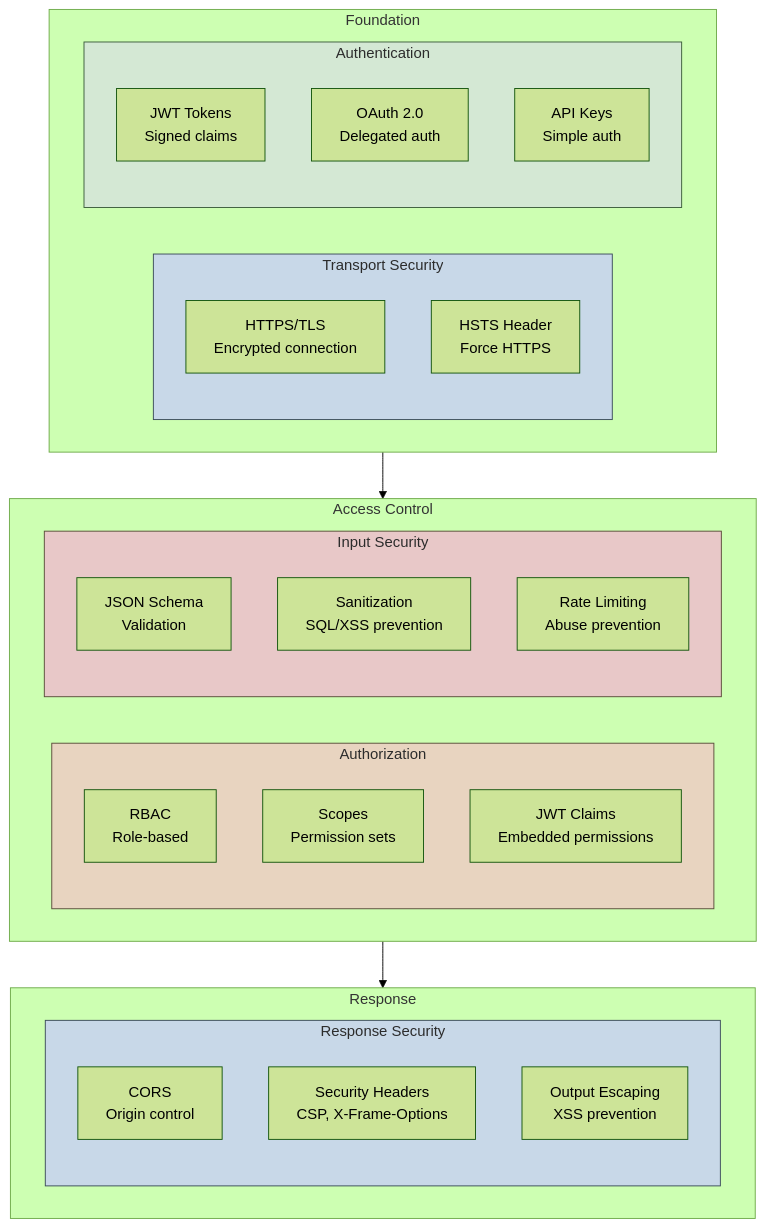
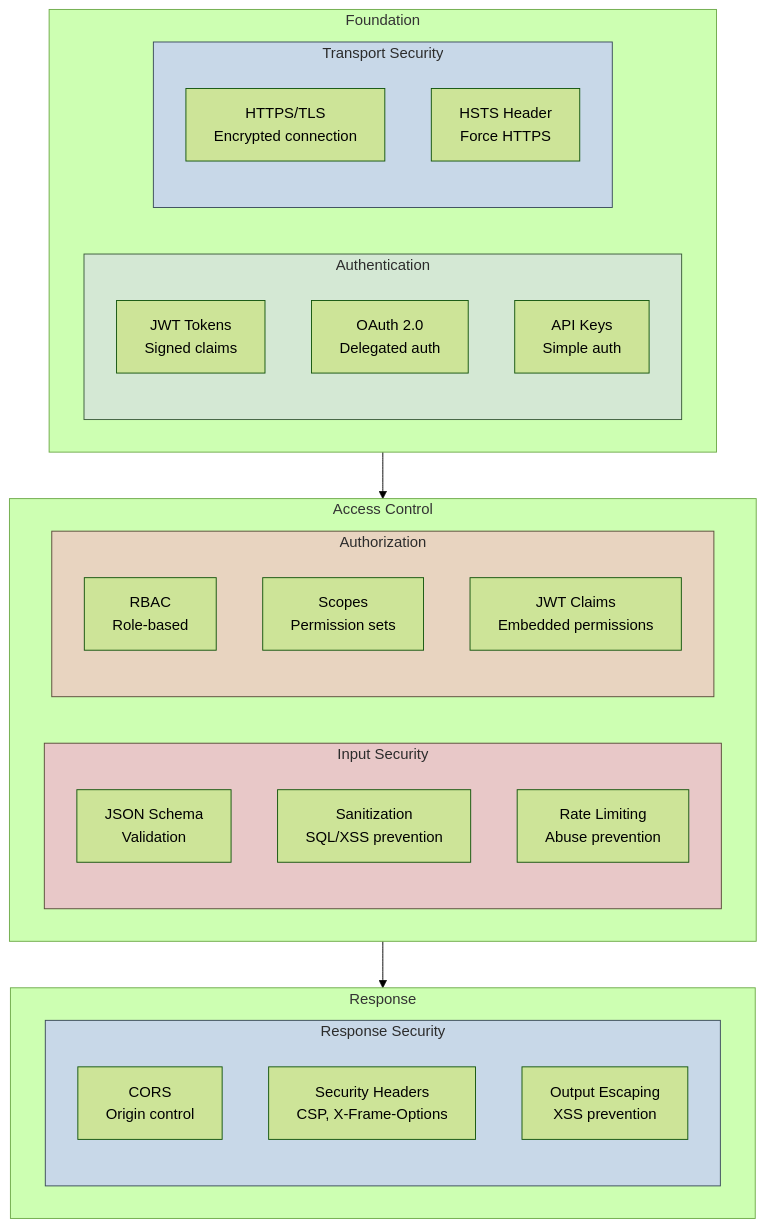
Before and after one commit to blackwell-systems/blog: the diagram in book/manuscript/images/diagrams/mmd/chapter-11-api-design-diagram-13.mmd, drawn with Mermaid (forest theme). The commit also changed other lines of this file and 6 other files, not shown here.

First line of the commit message:
Replace Chapter 14 diagram 8 with compact version

```diff
--- a/book/manuscript/images/diagrams/mmd/chapter-11-api-design-diagram-13.mmd
+++ b/book/manuscript/images/diagrams/mmd/chapter-11-api-design-diagram-13.mmd
@@ -1,45 +1,45 @@
 flowchart TB
     subgraph top["Foundation"]
         direction LR
-        subgraph transport["Transport Security"]
-            https[HTTPS/TLS<br/>Encrypted connection]
-            hsts[HSTS Header<br/>Force HTTPS]
-        end
-        
         subgraph auth["Authentication"]
             jwt[JWT Tokens<br/>Signed claims]
             oauth[OAuth 2.0<br/>Delegated auth]
             apikey[API Keys<br/>Simple auth]
         end
+        
+        subgraph transport["Transport Security"]
+            https[HTTPS/TLS<br/>Encrypted connection]
+            hsts[HSTS Header<br/>Force HTTPS]
+        end
     end
     
     subgraph middle["Access Control"]
         direction LR
+        subgraph input["Input Security"]
+            validate[JSON Schema<br/>Validation]
+            sanitize[Sanitization<br/>SQL/XSS prevention]
+            ratelimit[Rate Limiting<br/>Abuse prevention]
+        end
+        
         subgraph authz["Authorization"]
             rbac[RBAC<br/>Role-based]
             scope[Scopes<br/>Permission sets]
             claims[JWT Claims<br/>Embedded permissions]
-        end
-        
-        subgraph input["Input Security"]
-            validate[JSON Schema<br/>Validation]
-            sanitize[Sanitization<br/>SQL/XSS prevention]
-            ratelimit[Rate Limiting<br/>Abuse prevention]
         end
     end
     
     subgraph bottom["Response"]
         subgraph response["Response Security"]
             cors[CORS<br/>Origin control]
             headers[Security Headers<br/>CSP, X-Frame-Options]
             escape[Output Escaping<br/>XSS prevention]
         end
     end
     
     top --> middle --> bottom
     
     style transport fill:#C8D8E8,stroke:#3a4a5a,color:#2c2c2c
     style auth fill:#D4E8D4,stroke:#3a5a3a,color:#2c2c2c
     style authz fill:#E8D4C0,stroke:#5a4a3a,color:#2c2c2c
     style input fill:#E8C8C8,stroke:#5a4a3a,color:#2c2c2c
     style response fill:#C8D8E8,stroke:#3a4a5a,color:#2c2c2c
```
